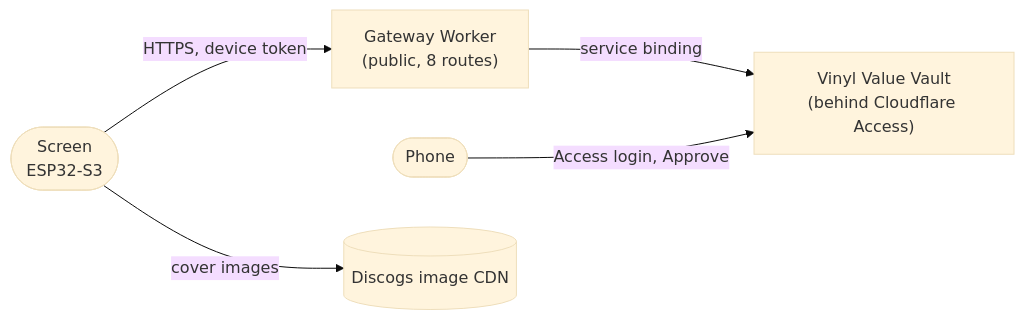
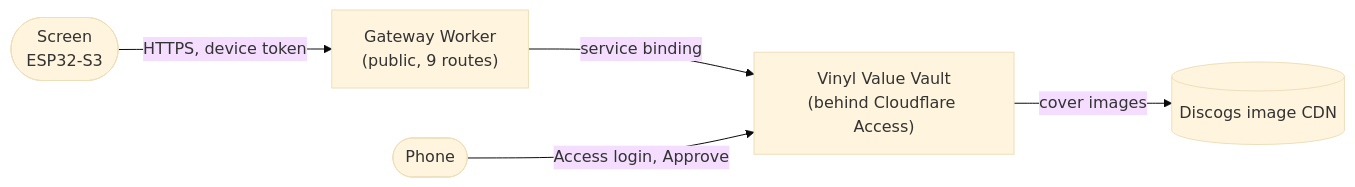
The diagram in README.md (JakubMini/vinyl-vault-screen), drawn with Mermaid (base theme) before and after one commit. The commit also changed other lines of this file and 7 other files, not shown here.

````diff
--- a/README.md
+++ b/README.md
@@ -56,7 +56,7 @@
 ```mermaid
 flowchart LR
-  screen(["Screen<br/>ESP32-S3"]) -->|HTTPS, device token| gateway["Gateway Worker<br/>(public, 8 routes)"]
+  screen(["Screen<br/>ESP32-S3"]) -->|HTTPS, device token| gateway["Gateway Worker<br/>(public, 9 routes)"]
   gateway -->|service binding| vault["Vinyl Value Vault<br/>(behind Cloudflare Access)"]
   phone(["Phone"]) -->|Access login, Approve| vault
-  screen -->|cover images| discogs[("Discogs image CDN")]
+  vault -->|cover images| discogs[("Discogs image CDN")]
 ```
````
